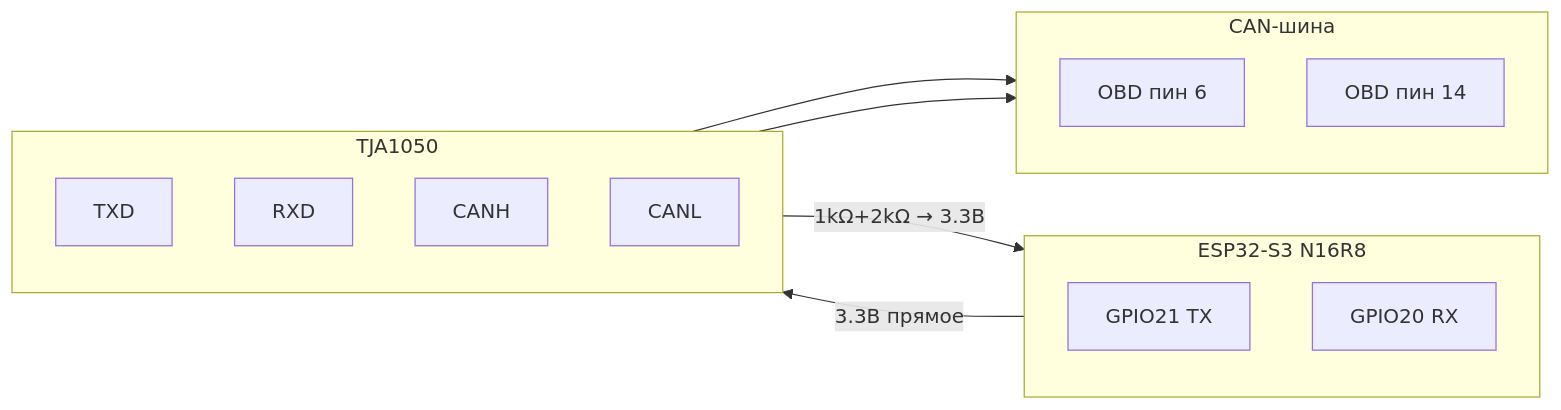
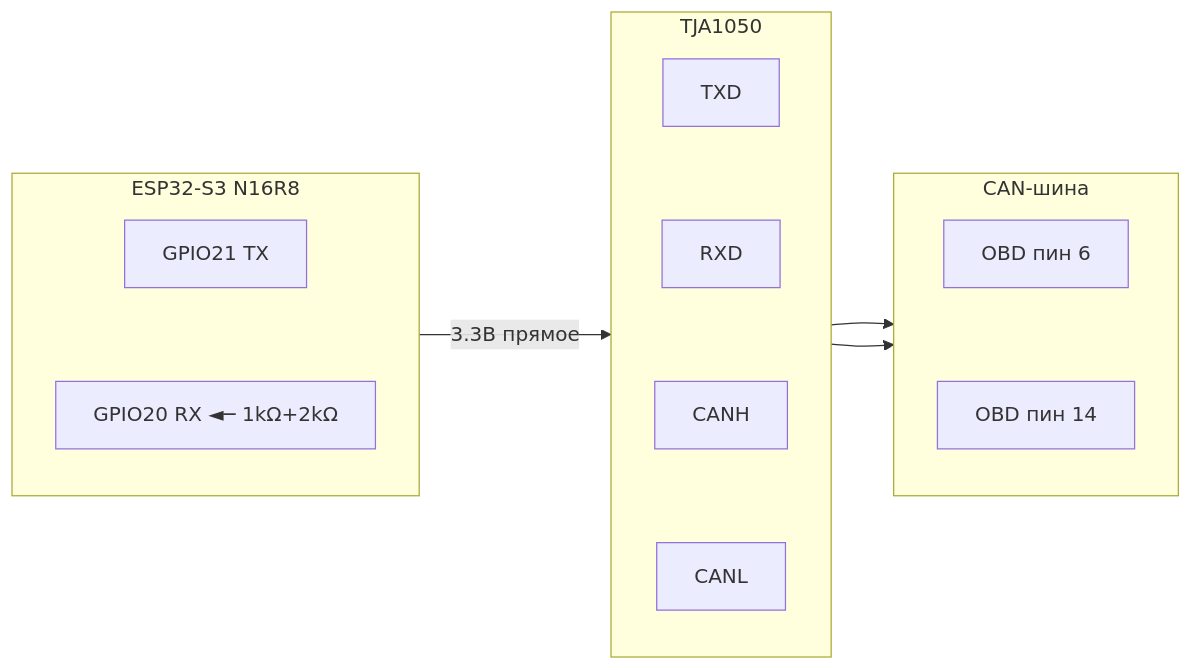
Before and after one commit to avtotor/can2wifi: the second of 3 diagrams in README.md, drawn with Mermaid.

Commit message:
docs: fix diagram - remove backward edge, force vertical nodes with invisible links

````diff
--- a/README.md
+++ b/README.md
@@ -30,29 +30,29 @@
 ```mermaid
 flowchart LR
     subgraph ESP ["ESP32-S3 N16R8"]
         direction TB
         TX["GPIO21 TX"]
-        RX["GPIO20 RX"]
+        RX["GPIO20 RX ◄─ 1kΩ+2kΩ"]
+        TX ~~~ RX
     end
 
     subgraph TJA ["TJA1050"]
         direction TB
         TXD["TXD"]
         RXD["RXD"]
         CANH["CANH"]
         CANL["CANL"]
+        TXD ~~~ RXD ~~~ CANH ~~~ CANL
     end
 
     subgraph CAN ["CAN-шина"]
         direction TB
         P6["OBD пин 6"]
         P14["OBD пин 14"]
+        P6 ~~~ P14
     end
 
-    ESP ~~~ TJA
-    TJA ~~~ CAN
     TX -->|"3.3В прямое"| TXD
-    RXD -->|"1kΩ+2kΩ → 3.3В"| RX
     CANH --> P6
     CANL --> P14
 ```
````
